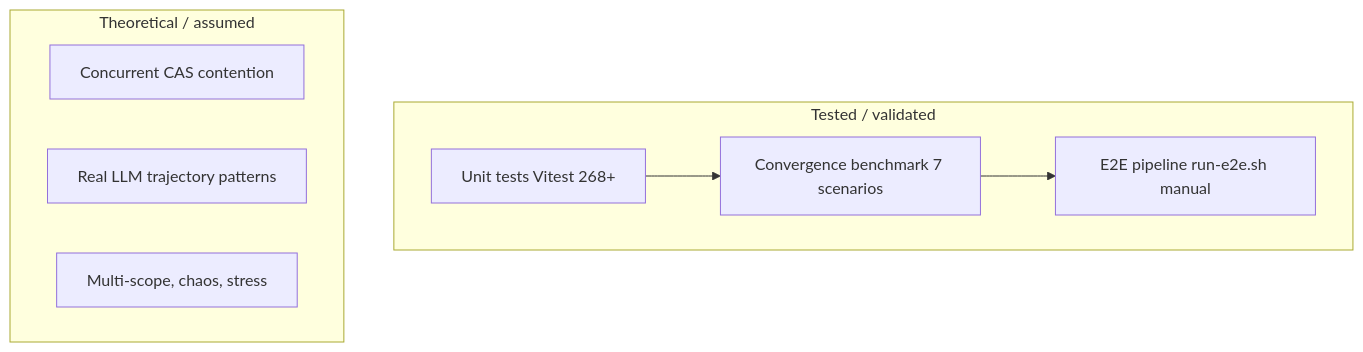
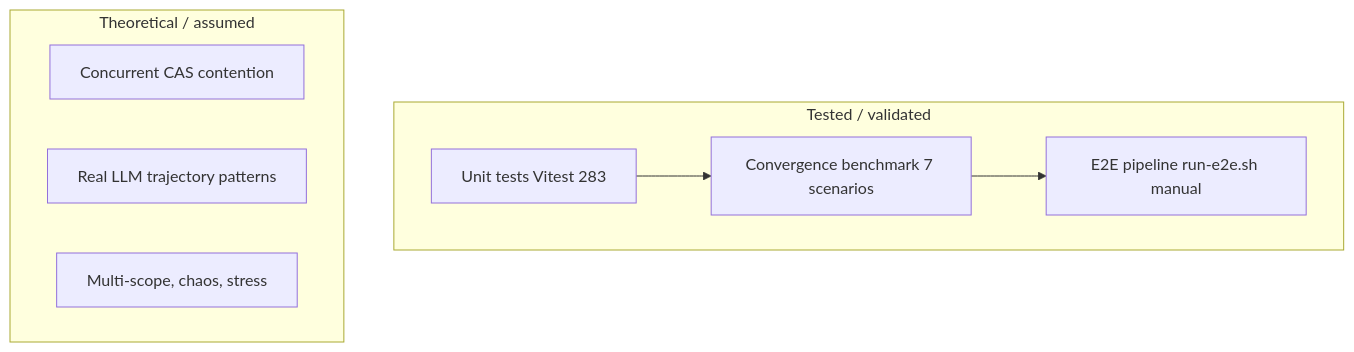
Before and after one commit to DealExMachina/swarm-of-governed-agents: the diagram in docs/validation.md, drawn with Mermaid. The commit also changed other lines of this file and 32 other files, not shown here.

````diff
--- a/docs/validation.md
+++ b/docs/validation.md
@@ -14,15 +14,15 @@
 ```mermaid
 flowchart TB
   subgraph tested["Tested / validated"]
-    U[Unit tests Vitest 268+]
+    U[Unit tests Vitest 283]
     BENCH[Convergence benchmark 7 scenarios]
     E2E[E2E pipeline run-e2e.sh manual]
   end
   subgraph theoretical["Theoretical / assumed"]
     T1[Concurrent CAS contention]
     T2[Real LLM trajectory patterns]
     T3[Multi-scope, chaos, stress]
   end
   U --> BENCH
   BENCH --> E2E
 ```
````
